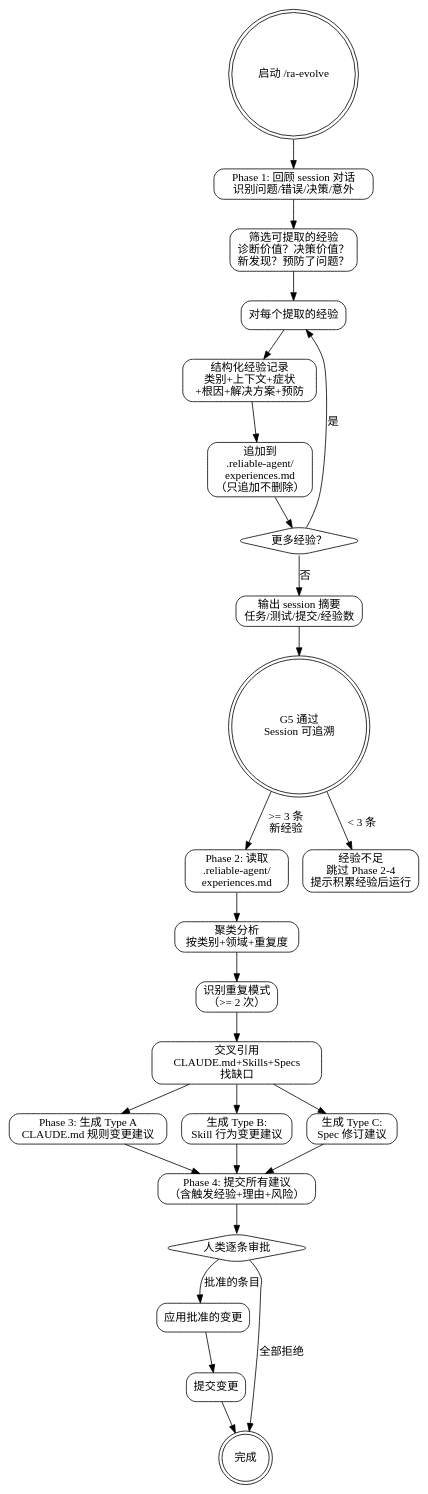
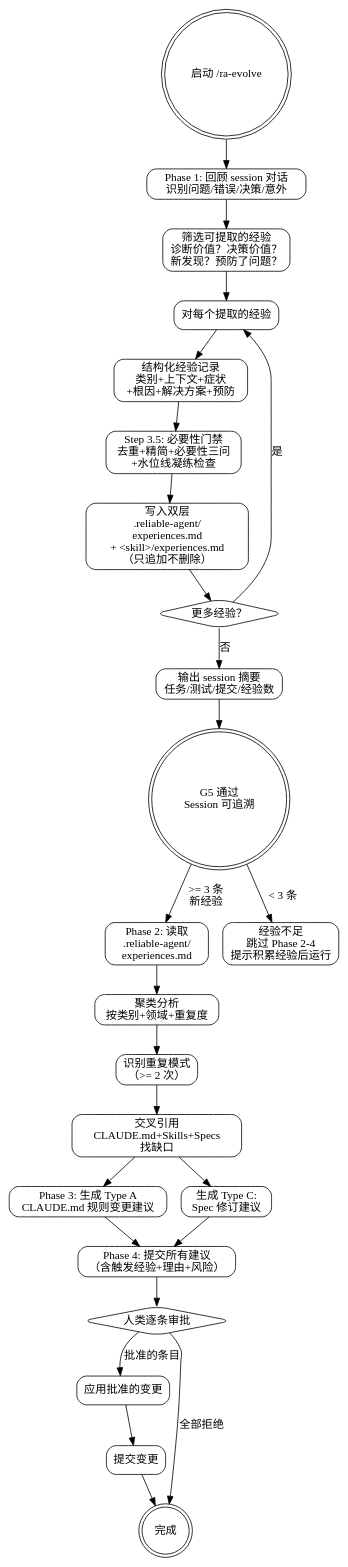
One commit to sueichen/reliable-agent changed the diagram in skills/ra-evolve/SKILL.md. Above: the diagram before and after it, drawn with Graphviz. The commit also changed other lines of this file and 1 other file, not shown here.

First line of the commit message:
feat(skills): remove Type B from ra-evolve, add necessity gate and dual-layer experience

````diff
--- a/skills/ra-evolve/SKILL.md
+++ b/skills/ra-evolve/SKILL.md
@@ -32,62 +32,61 @@
 ```dot
 digraph reliable_evolve {
     rankdir=TB;
     node [shape=box, style=rounded];
 
     start [label="启动 /ra-evolve", shape=doublecircle];
 
     /* Phase 1: Session Retro — 经验提取 */
     review [label="Phase 1: 回顾 session 对话\n识别问题/错误/决策/意外"];
     filter [label="筛选可提取的经验\n诊断价值？决策价值？\n新发现？预防了问题？"];
     for_each [label="对每个提取的经验"];
     structure [label="结构化经验记录\n类别+上下文+症状\n+根因+解决方案+预防"];
-    append [label="追加到\n.reliable-agent/\nexperiences.md\n（只追加不删除）"];
+    gate [label="Step 3.5: 必要性门禁\n去重+精简+必要性三问\n+水位线凝练检查"];
+    append [label="写入双层\n.reliable-agent/\nexperiences.md\n+ <skill>/experiences.md\n（只追加不删除）"];
     more [label="更多经验？", shape=diamond];
     session_summary [label="输出 session 摘要\n任务/测试/提交/经验数"];
     g5 [label="G5 通过\nSession 可追溯", shape=doublecircle];
 
     /* Phase 2-4: Evolve — 经验分析 */
     load [label="Phase 2: 读取\n.reliable-agent/\nexperiences.md"];
     cluster [label="聚类分析\n按类别+领域+重复度"];
     identify [label="识别重复模式\n（>= 2 次）"];
     cross_ref [label="交叉引用\nCLAUDE.md+Skills+Specs\n找缺口"];
     gen_a [label="Phase 3: 生成 Type A\nCLAUDE.md 规则变更建议"];
-    gen_b [label="生成 Type B:\nSkill 行为变更建议"];
     gen_c [label="生成 Type C:\nSpec 修订建议"];
     present [label="Phase 4: 提交所有建议\n（含触发经验+理由+风险）"];
     human_review [label="人类逐条审批", shape=diamond];
     apply [label="应用批准的变更"];
     commit [label="提交变更"];
     done [label="完成", shape=doublecircle];
     skip_evolve [label="经验不足\n跳过 Phase 2-4\n提示积累经验后运行"];
 
     start -> review;
     review -> filter;
     filter -> for_each;
     for_each -> structure;
-    structure -> append;
+    structure -> gate;
+    gate -> append;
     append -> more;
     more -> for_each [label="是"];
     more -> session_summary [label="否"];
     session_summary -> g5;
 
     /* G5 must pass before proceed */
     g5 -> load [label=">= 3 条\n新经验"];
     g5 -> skip_evolve [label="< 3 条"];
 
     load -> cluster;
     cluster -> identify;
     identify -> cross_ref;
     cross_ref -> gen_a;
-    cross_ref -> gen_b;
     cross_ref -> gen_c;
     gen_a -> present;
-    gen_b -> present;
     gen_c -> present;
     present -> human_review;
     human_review -> apply [label="批准的条目"];
     human_review -> done [label="全部拒绝"];
     apply -> commit;
     commit -> done;
 }
 ```
````
